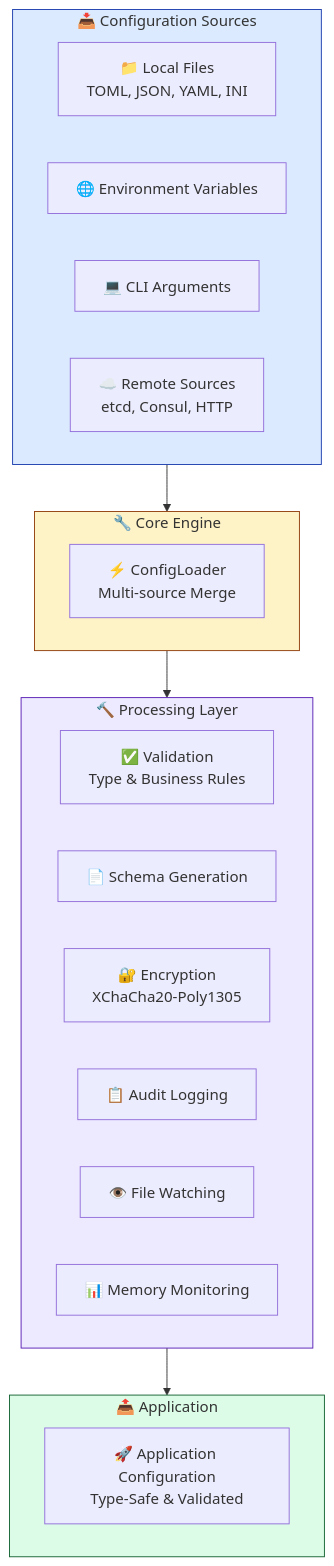
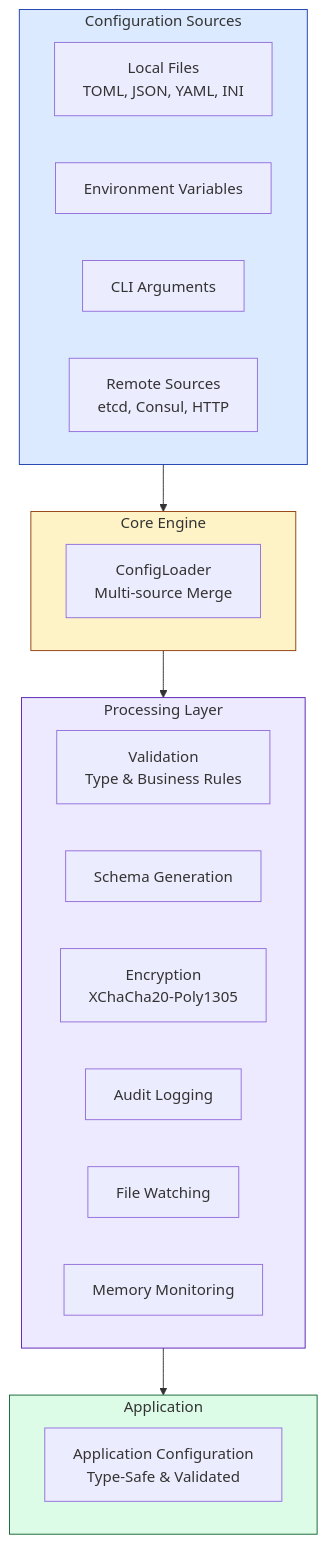
One commit to Kirky-X/confers changed the second of 3 diagrams in README.md. Above: the diagram before and after it, drawn with Mermaid. The commit also changed other lines of this file and 3 other files, not shown here.

First line of the commit message:
docs: clean mermaid node emojis for renderer compatibility

````diff
--- a/README.md
+++ b/README.md
@@ -721,35 +721,35 @@
 ```mermaid
 graph TB
-    subgraph Sources ["📥 Configuration Sources"]
-        A[📁 Local Files<br/>TOML, JSON, YAML, INI]
-        B[🌐 Environment Variables]
-        C[💻 CLI Arguments]
-        D[☁️ Remote Sources<br/>etcd, Consul, HTTP]
+    subgraph Sources ["Configuration Sources"]
+        A["Local Files<br/>TOML, JSON, YAML, INI"]
+        B["Environment Variables"]
+        C["CLI Arguments"]
+        D["Remote Sources<br/>etcd, Consul, HTTP"]
     end
 
-    subgraph Core ["🔧 Core Engine"]
-        E[⚡ ConfigLoader<br/>Multi-source Merge]
+    subgraph Core ["Core Engine"]
+        E["ConfigLoader<br/>Multi-source Merge"]
     end
 
-    subgraph Processing ["🔨 Processing Layer"]
-        F[✅ Validation<br/>Type & Business Rules]
-        G[📄 Schema Generation]
-        H[🔐 Encryption<br/>XChaCha20-Poly1305]
-        I[📋 Audit Logging]
-        J[👁️ File Watching]
-        K[📊 Memory Monitoring]
+    subgraph Processing ["Processing Layer"]
+        F["Validation<br/>Type & Business Rules"]
+        G["Schema Generation"]
+        H["Encryption<br/>XChaCha20-Poly1305"]
+        I["Audit Logging"]
+        J["File Watching"]
+        K["Memory Monitoring"]
     end
 
-    subgraph Output ["📤 Application"]
-        L[🚀 Application Configuration<br/>Type-Safe & Validated]
+    subgraph Output ["Application"]
+        L["Application Configuration<br/>Type-Safe & Validated"]
     end
 
     Sources --> Core
     Core --> Processing
     Processing --> Output
 
     style Sources fill:#DBEAFE,stroke:#1E40AF
     style Core fill:#FEF3C7,stroke:#92400E
     style Processing fill:#EDE9FE,stroke:#5B21B6
     style Output fill:#DCFCE7,stroke:#166534
 ```
````
